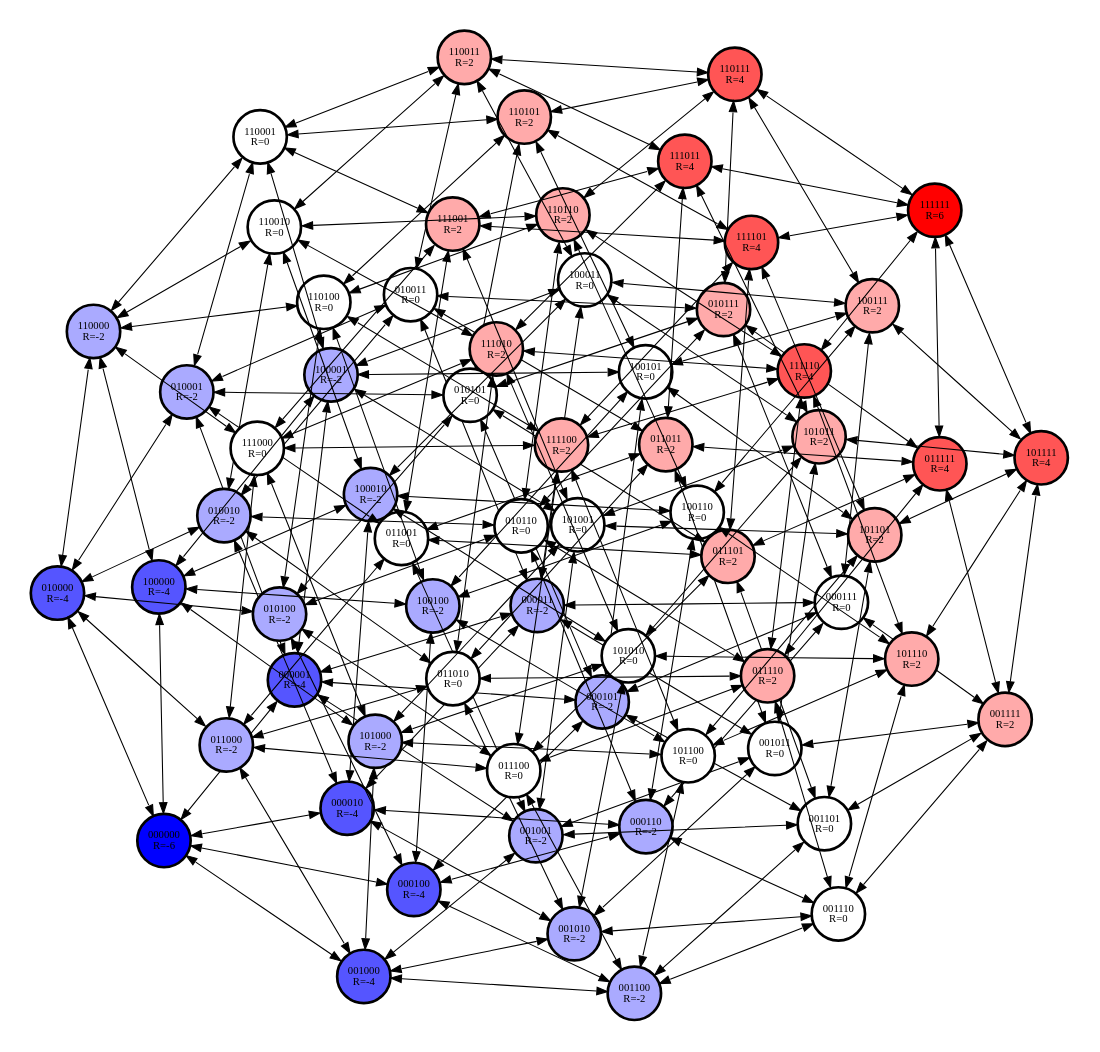
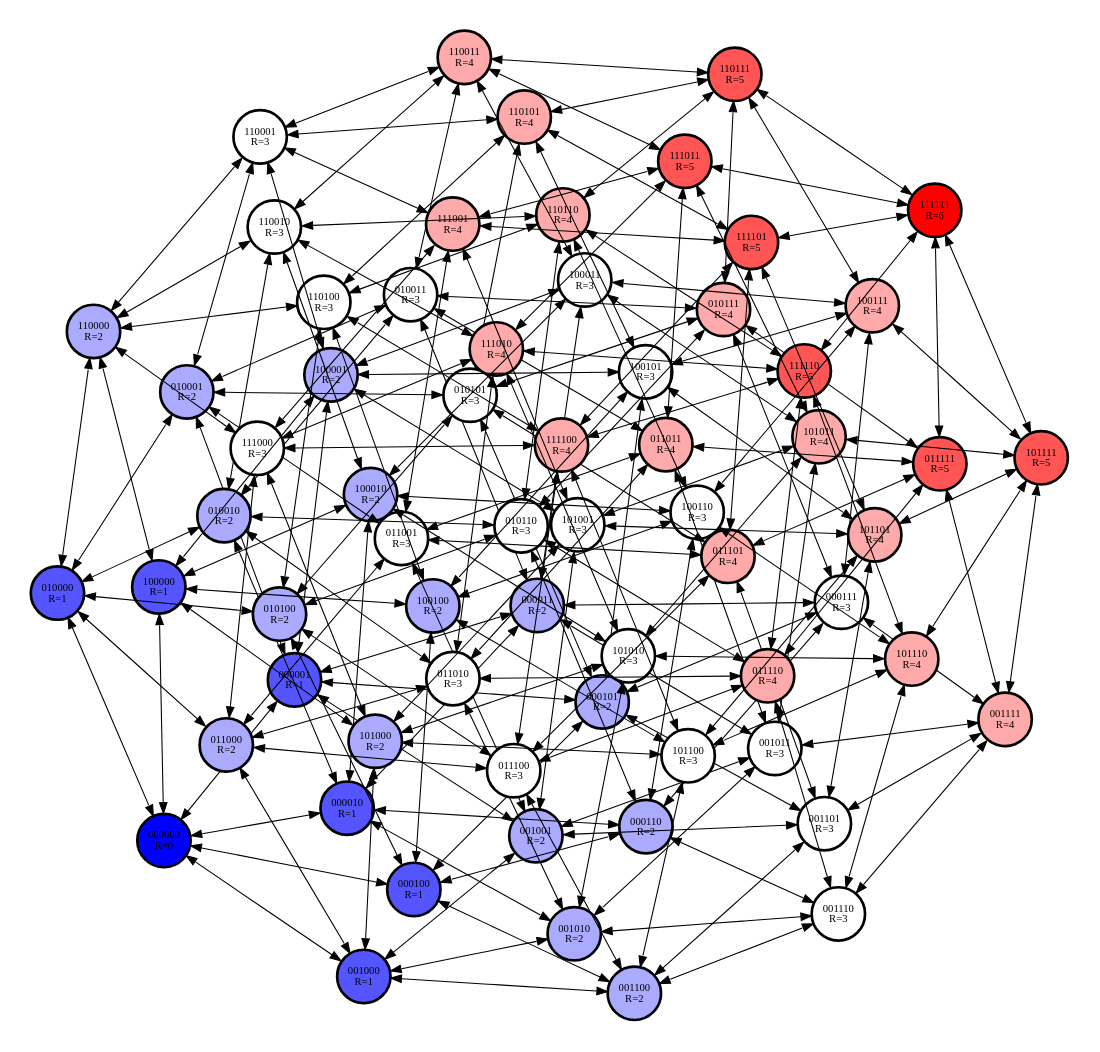
Before and after one commit to Pulpanj/s2_nahoda_chaos: the diagram in posts/p1_galtonova_deska/graph6.dot, drawn with Graphviz. The commit also changed 5 other files, not shown here.

Commit message:
update graph psy a blechy

```diff
--- a/posts/p1_galtonova_deska/graph6.dot
+++ b/posts/p1_galtonova_deska/graph6.dot
@@ -4,69 +4,69 @@
 
   edge [fontsize=6 penwidth=0.4 arrowsize=0.4];
 
-  "000000" [label="000000\nR=-6", fillcolor="#0000ff"]; 
-  "000001" [label="000001\nR=-4", fillcolor="#5555ff"]; 
-  "000010" [label="000010\nR=-4", fillcolor="#5555ff"]; 
-  "000011" [label="000011\nR=-2", fillcolor="#aaaaff"]; 
-  "000100" [label="000100\nR=-4", fillcolor="#5555ff"]; 
-  "000101" [label="000101\nR=-2", fillcolor="#aaaaff"]; 
-  "000110" [label="000110\nR=-2", fillcolor="#aaaaff"]; 
-  "000111" [label="000111\nR=0", fillcolor="#ffffff"]; 
-  "001000" [label="001000\nR=-4", fillcolor="#5555ff"]; 
-  "001001" [label="001001\nR=-2", fillcolor="#aaaaff"]; 
-  "001010" [label="001010\nR=-2", fillcolor="#aaaaff"]; 
-  "001011" [label="001011\nR=0", fillcolor="#ffffff"]; 
-  "001100" [label="001100\nR=-2", fillcolor="#aaaaff"]; 
-  "001101" [label="001101\nR=0", fillcolor="#ffffff"]; 
-  "001110" [label="001110\nR=0", fillcolor="#ffffff"]; 
-  "001111" [label="001111\nR=2", fillcolor="#ffaaaa"]; 
-  "010000" [label="010000\nR=-4", fillcolor="#5555ff"]; 
-  "010001" [label="010001\nR=-2", fillcolor="#aaaaff"]; 
-  "010010" [label="010010\nR=-2", fillcolor="#aaaaff"]; 
-  "010011" [label="010011\nR=0", fillcolor="#ffffff"]; 
-  "010100" [label="010100\nR=-2", fillcolor="#aaaaff"]; 
-  "010101" [label="010101\nR=0", fillcolor="#ffffff"]; 
-  "010110" [label="010110\nR=0", fillcolor="#ffffff"]; 
-  "010111" [label="010111\nR=2", fillcolor="#ffaaaa"]; 
-  "011000" [label="011000\nR=-2", fillcolor="#aaaaff"]; 
-  "011001" [label="011001\nR=0", fillcolor="#ffffff"]; 
-  "011010" [label="011010\nR=0", fillcolor="#ffffff"]; 
-  "011011" [label="011011\nR=2", fillcolor="#ffaaaa"]; 
-  "011100" [label="011100\nR=0", fillcolor="#ffffff"]; 
-  "011101" [label="011101\nR=2", fillcolor="#ffaaaa"]; 
-  "011110" [label="011110\nR=2", fillcolor="#ffaaaa"]; 
-  "011111" [label="011111\nR=4", fillcolor="#ff5555"]; 
-  "100000" [label="100000\nR=-4", fillcolor="#5555ff"]; 
-  "100001" [label="100001\nR=-2", fillcolor="#aaaaff"]; 
-  "100010" [label="100010\nR=-2", fillcolor="#aaaaff"]; 
-  "100011" [label="100011\nR=0", fillcolor="#ffffff"]; 
-  "100100" [label="100100\nR=-2", fillcolor="#aaaaff"]; 
-  "100101" [label="100101\nR=0", fillcolor="#ffffff"]; 
-  "100110" [label="100110\nR=0", fillcolor="#ffffff"]; 
-  "100111" [label="100111\nR=2", fillcolor="#ffaaaa"]; 
-  "101000" [label="101000\nR=-2", fillcolor="#aaaaff"]; 
-  "101001" [label="101001\nR=0", fillcolor="#ffffff"]; 
-  "101010" [label="101010\nR=0", fillcolor="#ffffff"]; 
-  "101011" [label="101011\nR=2", fillcolor="#ffaaaa"]; 
-  "101100" [label="101100\nR=0", fillcolor="#ffffff"]; 
-  "101101" [label="101101\nR=2", fillcolor="#ffaaaa"]; 
-  "101110" [label="101110\nR=2", fillcolor="#ffaaaa"]; 
-  "101111" [label="101111\nR=4", fillcolor="#ff5555"]; 
-  "110000" [label="110000\nR=-2", fillcolor="#aaaaff"]; 
-  "110001" [label="110001\nR=0", fillcolor="#ffffff"]; 
-  "110010" [label="110010\nR=0", fillcolor="#ffffff"]; 
-  "110011" [label="110011\nR=2", fillcolor="#ffaaaa"]; 
-  "110100" [label="110100\nR=0", fillcolor="#ffffff"]; 
-  "110101" [label="110101\nR=2", fillcolor="#ffaaaa"]; 
-  "110110" [label="110110\nR=2", fillcolor="#ffaaaa"]; 
-  "110111" [label="110111\nR=4", fillcolor="#ff5555"]; 
-  "111000" [label="111000\nR=0", fillcolor="#ffffff"]; 
-  "111001" [label="111001\nR=2", fillcolor="#ffaaaa"]; 
-  "111010" [label="111010\nR=2", fillcolor="#ffaaaa"]; 
-  "111011" [label="111011\nR=4", fillcolor="#ff5555"]; 
-  "111100" [label="111100\nR=2", fillcolor="#ffaaaa"]; 
-  "111101" [label="111101\nR=4", fillcolor="#ff5555"]; 
-  "111110" [label="111110\nR=4", fillcolor="#ff5555"]; 
+  "000000" [label="000000\nR=0", fillcolor="#0000ff"]; 
+  "000001" [label="000001\nR=1", fillcolor="#5555ff"]; 
+  "000010" [label="000010\nR=1", fillcolor="#5555ff"]; 
+  "000011" [label="000011\nR=2", fillcolor="#aaaaff"]; 
+  "000100" [label="000100\nR=1", fillcolor="#5555ff"]; 
+  "000101" [label="000101\nR=2", fillcolor="#aaaaff"]; 
+  "000110" [label="000110\nR=2", fillcolor="#aaaaff"]; 
+  "000111" [label="000111\nR=3", fillcolor="#ffffff"]; 
+  "001000" [label="001000\nR=1", fillcolor="#5555ff"]; 
+  "001001" [label="001001\nR=2", fillcolor="#aaaaff"]; 
+  "001010" [label="001010\nR=2", fillcolor="#aaaaff"]; 
+  "001011" [label="001011\nR=3", fillcolor="#ffffff"]; 
+  "001100" [label="001100\nR=2", fillcolor="#aaaaff"]; 
+  "001101" [label="001101\nR=3", fillcolor="#ffffff"]; 
+  "001110" [label="001110\nR=3", fillcolor="#ffffff"]; 
+  "001111" [label="001111\nR=4", fillcolor="#ffaaaa"]; 
+  "010000" [label="010000\nR=1", fillcolor="#5555ff"]; 
+  "010001" [label="010001\nR=2", fillcolor="#aaaaff"]; 
+  "010010" [label="010010\nR=2", fillcolor="#aaaaff"]; 
+  "010011" [label="010011\nR=3", fillcolor="#ffffff"]; 
+  "010100" [label="010100\nR=2", fillcolor="#aaaaff"]; 
+  "010101" [label="010101\nR=3", fillcolor="#ffffff"]; 
+  "010110" [label="010110\nR=3", fillcolor="#ffffff"]; 
+  "010111" [label="010111\nR=4", fillcolor="#ffaaaa"]; 
+  "011000" [label="011000\nR=2", fillcolor="#aaaaff"]; 
+  "011001" [label="011001\nR=3", fillcolor="#ffffff"]; 
+  "011010" [label="011010\nR=3", fillcolor="#ffffff"]; 
+  "011011" [label="011011\nR=4", fillcolor="#ffaaaa"]; 
+  "011100" [label="011100\nR=3", fillcolor="#ffffff"]; 
+  "011101" [label="011101\nR=4", fillcolor="#ffaaaa"]; 
+  "011110" [label="011110\nR=4", fillcolor="#ffaaaa"]; 
+  "011111" [label="011111\nR=5", fillcolor="#ff5555"]; 
+  "100000" [label="100000\nR=1", fillcolor="#5555ff"]; 
+  "100001" [label="100001\nR=2", fillcolor="#aaaaff"]; 
+  "100010" [label="100010\nR=2", fillcolor="#aaaaff"]; 
+  "100011" [label="100011\nR=3", fillcolor="#ffffff"]; 
+  "100100" [label="100100\nR=2", fillcolor="#aaaaff"]; 
+  "100101" [label="100101\nR=3", fillcolor="#ffffff"]; 
+  "100110" [label="100110\nR=3", fillcolor="#ffffff"]; 
+  "100111" [label="100111\nR=4", fillcolor="#ffaaaa"]; 
+  "101000" [label="101000\nR=2", fillcolor="#aaaaff"]; 
+  "101001" [label="101001\nR=3", fillcolor="#ffffff"]; 
+  "101010" [label="101010\nR=3", fillcolor="#ffffff"]; 
+  "101011" [label="101011\nR=4", fillcolor="#ffaaaa"]; 
+  "101100" [label="101100\nR=3", fillcolor="#ffffff"]; 
+  "101101" [label="101101\nR=4", fillcolor="#ffaaaa"]; 
+  "101110" [label="101110\nR=4", fillcolor="#ffaaaa"]; 
+  "101111" [label="101111\nR=5", fillcolor="#ff5555"]; 
+  "110000" [label="110000\nR=2", fillcolor="#aaaaff"]; 
+  "110001" [label="110001\nR=3", fillcolor="#ffffff"]; 
+  "110010" [label="110010\nR=3", fillcolor="#ffffff"]; 
+  "110011" [label="110011\nR=4", fillcolor="#ffaaaa"]; 
+  "110100" [label="110100\nR=3", fillcolor="#ffffff"]; 
+  "110101" [label="110101\nR=4", fillcolor="#ffaaaa"]; 
+  "110110" [label="110110\nR=4", fillcolor="#ffaaaa"]; 
+  "110111" [label="110111\nR=5", fillcolor="#ff5555"]; 
+  "111000" [label="111000\nR=3", fillcolor="#ffffff"]; 
+  "111001" [label="111001\nR=4", fillcolor="#ffaaaa"]; 
+  "111010" [label="111010\nR=4", fillcolor="#ffaaaa"]; 
+  "111011" [label="111011\nR=5", fillcolor="#ff5555"]; 
+  "111100" [label="111100\nR=4", fillcolor="#ffaaaa"]; 
+  "111101" [label="111101\nR=5", fillcolor="#ff5555"]; 
+  "111110" [label="111110\nR=5", fillcolor="#ff5555"]; 
   "111111" [label="111111\nR=6", fillcolor="#ff0000"]; 
 
   "000000" -> "000001" [dir=both];
```
